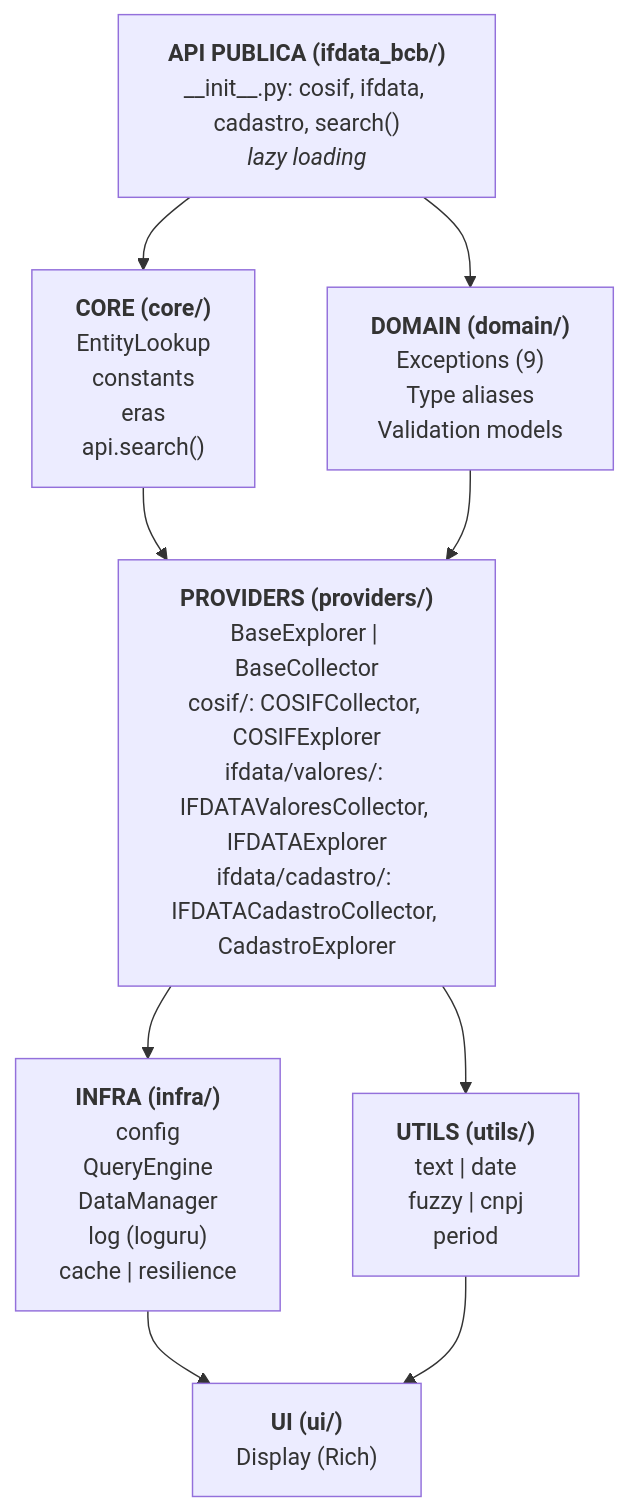
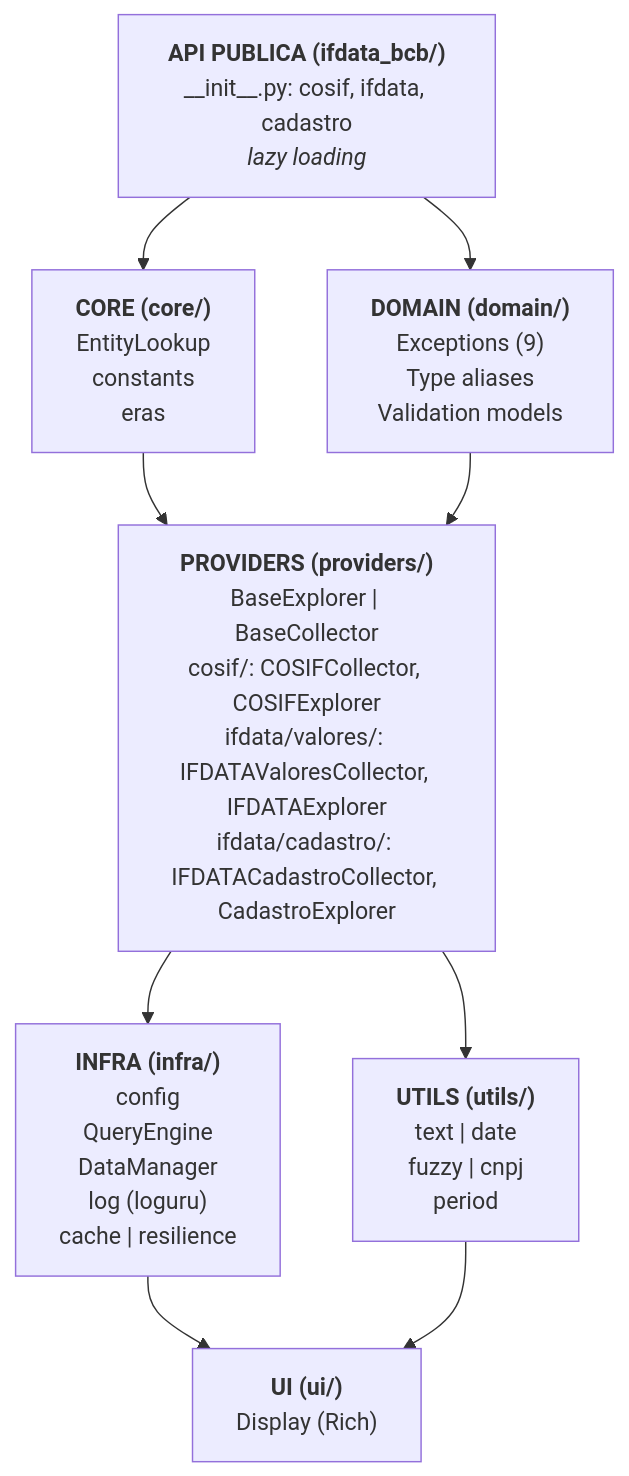
Before and after one commit to enzoomoreira/ifdata-bcb: the first of 2 diagrams in docs/internals/architecture.md, drawn with Mermaid. The commit also changed other lines of this file and 14 other files, not shown here.

````diff
--- a/docs/internals/architecture.md
+++ b/docs/internals/architecture.md
@@ -7,15 +7,15 @@
 ```mermaid
 graph TD
-    API["<b>API PUBLICA (ifdata_bcb/)</b><br/>__init__.py: cosif, ifdata, cadastro, search()<br/><i>lazy loading</i>"]
-    CORE["<b>CORE (core/)</b><br/>EntityLookup<br/>constants<br/>eras<br/>api.search()"]
+    API["<b>API PUBLICA (ifdata_bcb/)</b><br/>__init__.py: cosif, ifdata, cadastro<br/><i>lazy loading</i>"]
+    CORE["<b>CORE (core/)</b><br/>EntityLookup<br/>constants<br/>eras"]
     DOMAIN["<b>DOMAIN (domain/)</b><br/>Exceptions (9)<br/>Type aliases<br/>Validation models"]
     PROVIDERS["<b>PROVIDERS (providers/)</b><br/>BaseExplorer | BaseCollector<br/>cosif/: COSIFCollector, COSIFExplorer<br/>ifdata/valores/: IFDATAValoresCollector, IFDATAExplorer<br/>ifdata/cadastro/: IFDATACadastroCollector, CadastroExplorer"]
     INFRA["<b>INFRA (infra/)</b><br/>config<br/>QueryEngine<br/>DataManager<br/>log (loguru)<br/>cache | resilience"]
     UTILS["<b>UTILS (utils/)</b><br/>text | date<br/>fuzzy | cnpj<br/>period"]
     UI["<b>UI (ui/)</b><br/>Display (Rich)"]
 
     API --> CORE & DOMAIN
     CORE & DOMAIN --> PROVIDERS
     PROVIDERS --> INFRA & UTILS
     INFRA & UTILS --> UI
 ```
````
